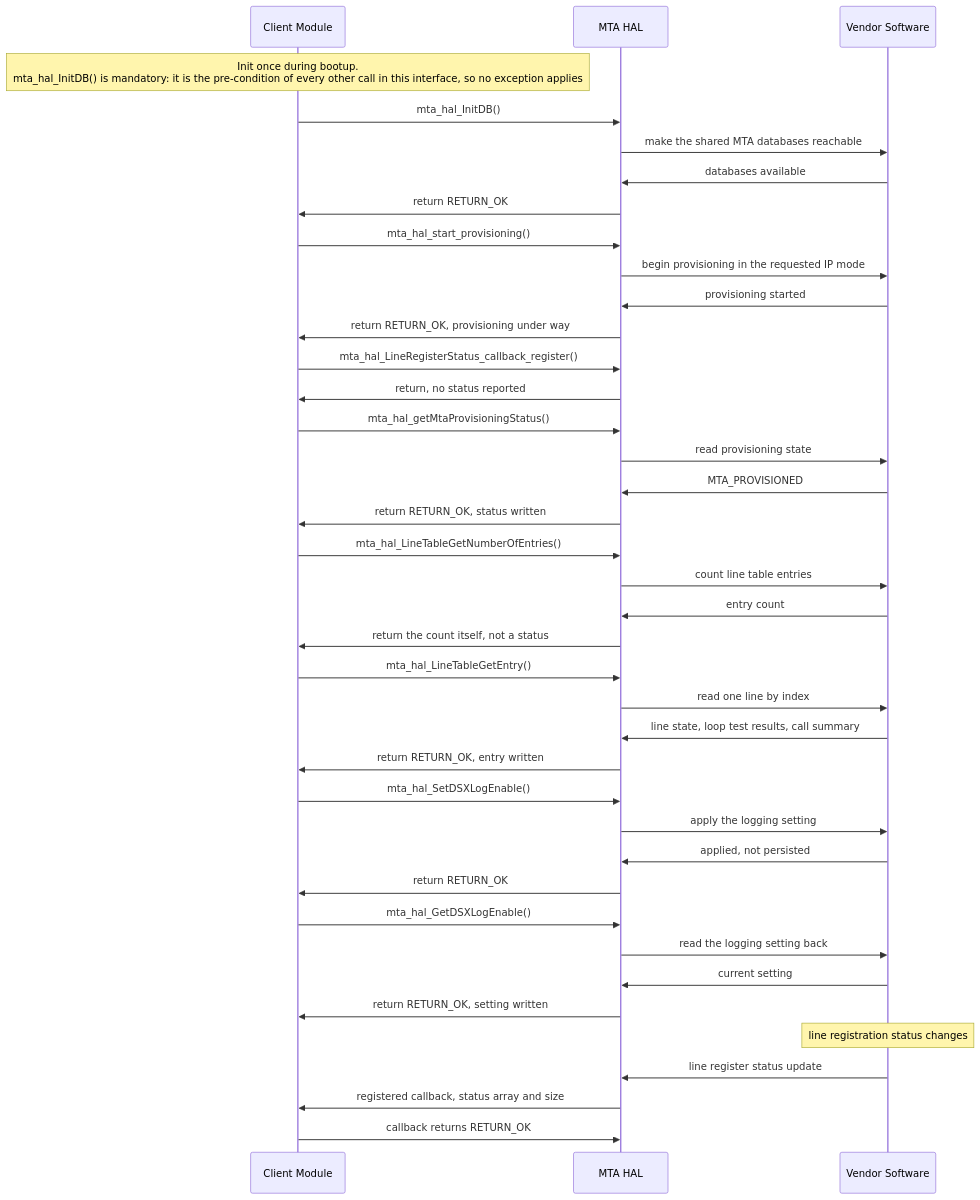
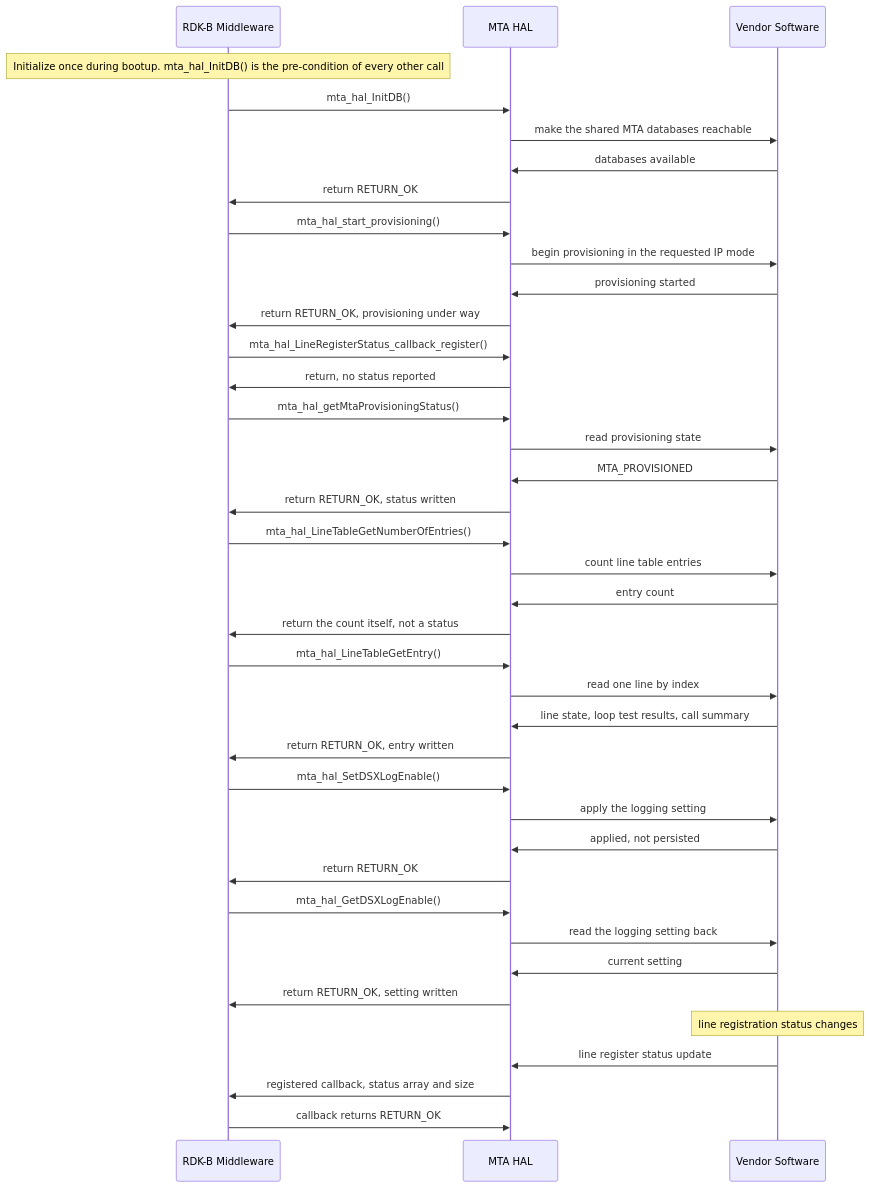
Before and after one commit to Blitzy-Sky/rdkb-halif-mta: the second of 2 diagrams in docs/pages/halSpec.md, drawn with Mermaid. The commit also changed other lines of this file, not shown here.

First line of the commit message:
docs: simplify the MTA_HAL specification

````diff
--- a/docs/pages/halSpec.md
+++ b/docs/pages/halSpec.md
@@ -1152,49 +555,49 @@
 ```mermaid
 sequenceDiagram
-participant Client Module
-participant MTA HAL
-participant Vendor Software
-Note over Client Module: Init once during bootup. <br> mta_hal_InitDB() is mandatory: it is the pre-condition of every other call in this interface, so no exception applies
-Client Module->>MTA HAL: mta_hal_InitDB()
-MTA HAL->>Vendor Software: make the shared MTA databases reachable
-Vendor Software->>MTA HAL: databases available
-MTA HAL->>Client Module: return RETURN_OK
+    participant Caller as RDK-B Middleware
+    participant HAL as MTA HAL
+    participant Vendor as Vendor Software
+    Note over Caller: Initialize once during bootup. mta_hal_InitDB() is the pre-condition of every other call
+    Caller->>HAL: mta_hal_InitDB()
+    HAL->>Vendor: make the shared MTA databases reachable
+    Vendor->>HAL: databases available
+    HAL->>Caller: return RETURN_OK
 
-Client Module->>MTA HAL: mta_hal_start_provisioning()
-MTA HAL->>Vendor Software: begin provisioning in the requested IP mode
-Vendor Software->>MTA HAL: provisioning started
-MTA HAL->>Client Module: return RETURN_OK, provisioning under way
+    Caller->>HAL: mta_hal_start_provisioning()
+    HAL->>Vendor: begin provisioning in the requested IP mode
+    Vendor->>HAL: provisioning started
+    HAL->>Caller: return RETURN_OK, provisioning under way
 
-Client Module->>MTA HAL: mta_hal_LineRegisterStatus_callback_register()
-MTA HAL->>Client Module: return, no status reported
+    Caller->>HAL: mta_hal_LineRegisterStatus_callback_register()
+    HAL->>Caller: return, no status reported
 
-Client Module->>MTA HAL: mta_hal_getMtaProvisioningStatus()
-MTA HAL->>Vendor Software: read provisioning state
-Vendor Software->>MTA HAL: MTA_PROVISIONED
-MTA HAL->>Client Module: return RETURN_OK, status written
+    Caller->>HAL: mta_hal_getMtaProvisioningStatus()
+    HAL->>Vendor: read provisioning state
+    Vendor->>HAL: MTA_PROVISIONED
+    HAL->>Caller: return RETURN_OK, status written
 
-Client Module->>MTA HAL: mta_hal_LineTableGetNumberOfEntries()
-MTA HAL->>Vendor Software: count line table entries
-Vendor Software->>MTA HAL: entry count
-MTA HAL->>Client Module: return the count itself, not a status
+    Caller->>HAL: mta_hal_LineTableGetNumberOfEntries()
+    HAL->>Vendor: count line table entries
+    Vendor->>HAL: entry count
+    HAL->>Caller: return the count itself, not a status
 
-Client Module->>MTA HAL: mta_hal_LineTableGetEntry()
-MTA HAL->>Vendor Software: read one line by index
-Vendor Software->>MTA HAL: line state, loop test results, call summary
-MTA HAL->>Client Module: return RETURN_OK, entry written
+    Caller->>HAL: mta_hal_LineTableGetEntry()
+    HAL->>Vendor: read one line by index
+    Vendor->>HAL: line state, loop test results, call summary
+    HAL->>Caller: return RETURN_OK, entry written
 
-Client Module->>MTA HAL: mta_hal_SetDSXLogEnable()
-MTA HAL->>Vendor Software: apply the logging setting
-Vendor Software->>MTA HAL: applied, not persisted
-MTA HAL->>Client Module: return RETURN_OK
+    Caller->>HAL: mta_hal_SetDSXLogEnable()
+    HAL->>Vendor: apply the logging setting
+    Vendor->>HAL: applied, not persisted
+    HAL->>Caller: return RETURN_OK
 
-Client Module->>MTA HAL: mta_hal_GetDSXLogEnable()
-MTA HAL->>Vendor Software: read the logging setting back
-Vendor Software->>MTA HAL: current setting
-MTA HAL->>Client Module: return RETURN_OK, setting written
+    Caller->>HAL: mta_hal_GetDSXLogEnable()
+    HAL->>Vendor: read the logging setting back
+    Vendor->>HAL: current setting
+    HAL->>Caller: return RETURN_OK, setting written
 
-Note over Vendor Software: line registration status changes
-Vendor Software->>MTA HAL: line register status update
-MTA HAL->>Client Module: registered callback, status array and size
-Client Module->>MTA HAL: callback returns RETURN_OK
+    Note over Vendor: line registration status changes
+    Vendor->>HAL: line register status update
+    HAL->>Caller: registered callback, status array and size
+    Caller->>HAL: callback returns RETURN_OK
 ```
````
